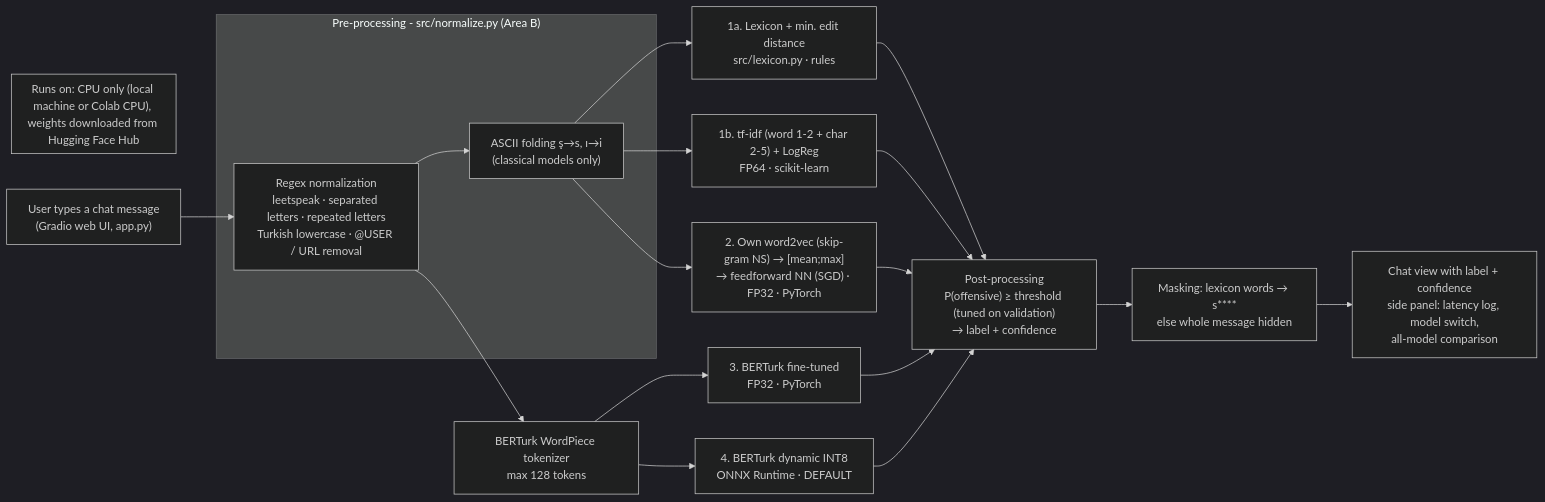
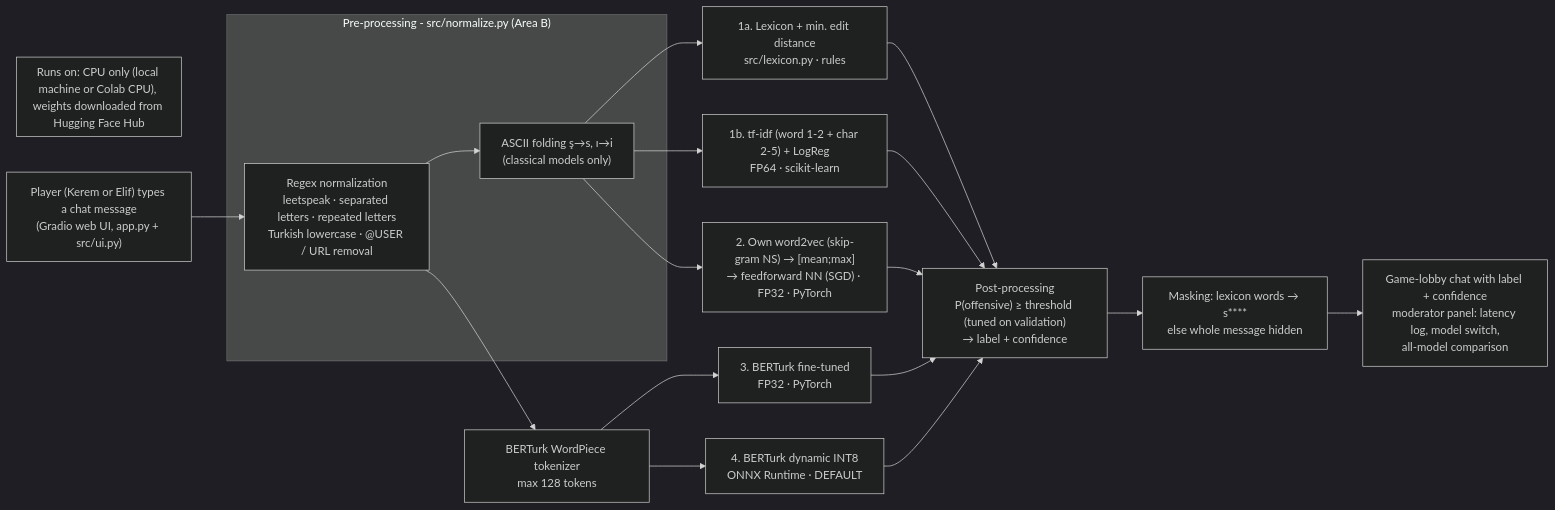
The diagram in docs/architecture.md (Humeyyraa/swe015-chat-moderation), drawn with Mermaid (dark theme) before and after one commit. The commit also changed other lines of this file and 3 other files, not shown here.

First line of the commit message:
App: game-lobby chat with two players and a moderator panel

````diff
--- a/docs/architecture.md
+++ b/docs/architecture.md
@@ -3,23 +3,23 @@
 ```mermaid
 flowchart LR
-    U["User types a chat message<br/>(Gradio web UI, app.py)"] --> N
+    U["Player (Kerem or Elif) types a chat message<br/>(Gradio web UI, app.py + src/ui.py)"] --> N
 
     subgraph PRE["Pre-processing - src/normalize.py (Area B)"]
         N["Regex normalization<br/>leetspeak · separated letters · repeated letters<br/>Turkish lowercase · @USER / URL removal"]
         N --> F["ASCII folding ş→s, ı→i<br/>(classical models only)"]
     end
 
     F --> M1["1a. Lexicon + min. edit distance<br/>src/lexicon.py · rules"]
     F --> M2["1b. tf-idf (word 1-2 + char 2-5) + LogReg<br/>FP64 · scikit-learn"]
     F --> M3["2. Own word2vec (skip-gram NS) → [mean;max]<br/>→ feedforward NN (SGD) · FP32 · PyTorch"]
     N --> T["BERTurk WordPiece tokenizer<br/>max 128 tokens"]
     T --> M4["3. BERTurk fine-tuned<br/>FP32 · PyTorch"]
     T --> M5["4. BERTurk dynamic INT8<br/>ONNX Runtime · DEFAULT"]
 
     M1 & M2 & M3 & M4 & M5 --> P["Post-processing<br/>P(offensive) ≥ threshold (tuned on validation)<br/>→ label + confidence"]
     P --> K["Masking: lexicon words → s****<br/>else whole message hidden"]
-    K --> UI["Chat view with label + confidence<br/>side panel: latency log, model switch,<br/>all-model comparison"]
+    K --> UI["Game-lobby chat with label + confidence<br/>moderator panel: latency log, model switch,<br/>all-model comparison"]
 
     subgraph RUN["Runs on: CPU only (local machine or Colab CPU), weights downloaded from Hugging Face Hub"]
     end
 ```
````
